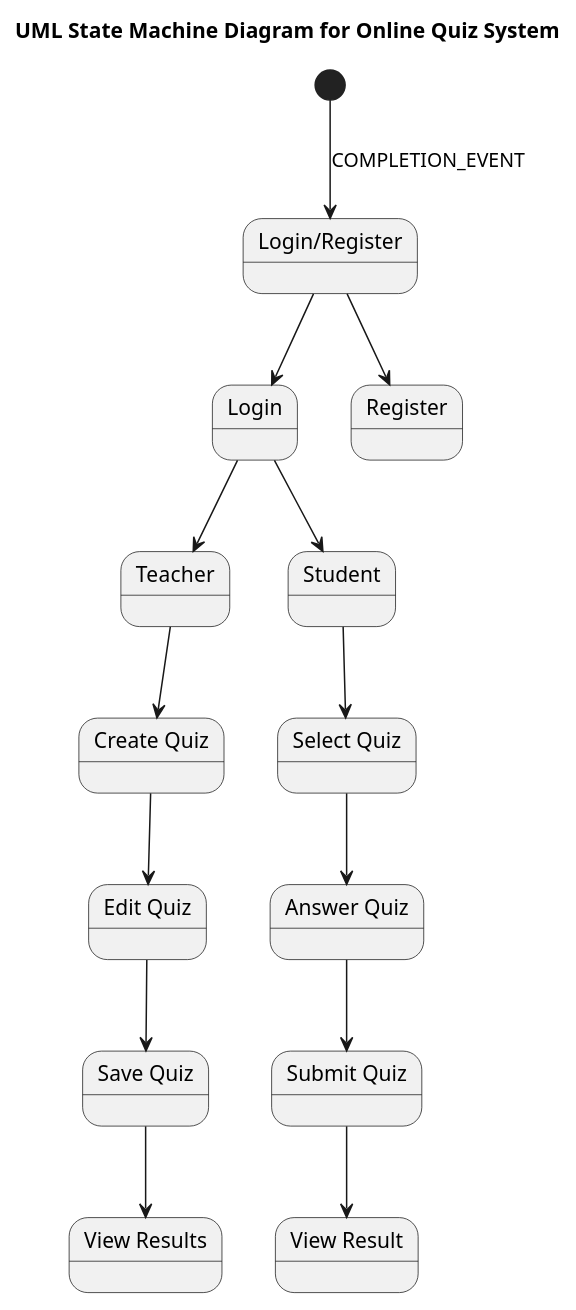
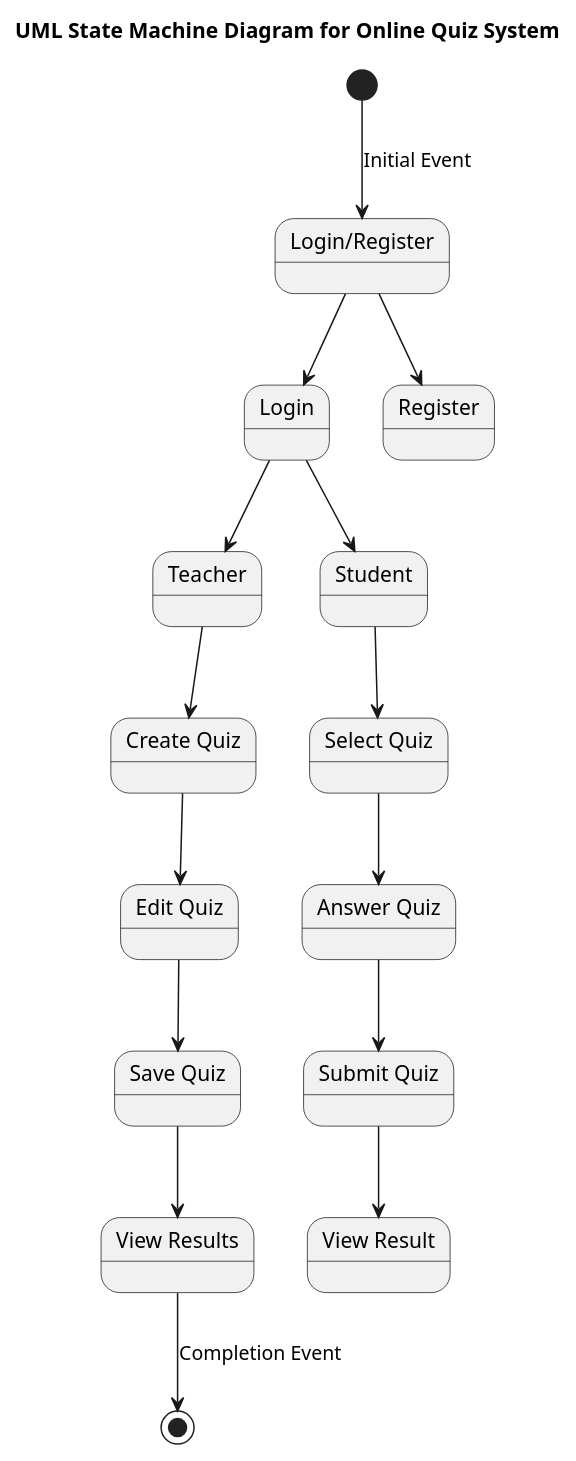
The diagram in final_results/runs/open_source__qwen25_7b_instruct__rag_validation_generator_critic_repair__syntax_grounded_no_rules_original_rag/case_37_online_quiz_system/run_01.repair_01.puml (maimunafaria/State_transition_Diagram_generated_by_LLM), drawn with PlantUML before and after one commit. The commit also changed 23 other files, not shown here.

```diff
--- a/final_results/runs/open_source__qwen25_7b_instruct__rag_validation_generator_critic_repair__syntax_grounded_no_rules_original_rag/case_37_online_quiz_system/run_01.repair_01.puml
+++ b/final_results/runs/open_source__qwen25_7b_instruct__rag_validation_generator_critic_repair__syntax_grounded_no_rules_original_rag/case_37_online_quiz_system/run_01.repair_01.puml
@@ -1,34 +1,36 @@
 @startuml
 title UML State Machine Diagram for Online Quiz System
 
 state "Login/Register" as LoginRegister
 state "Teacher" as Teacher
 state "Student" as Student
 state "Create Quiz" as CreateQuiz
 state "Edit Quiz" as EditQuiz
 state "Save Quiz" as SaveQuiz
 state "View Results" as ViewResults
 state "Select Quiz" as SelectQuiz
 state "Answer Quiz" as AnswerQuiz
 state "Submit Quiz" as SubmitQuiz
 state "View Result" as ViewResult
 
-[*] --> LoginRegister : COMPLETION_EVENT
+[*] --> LoginRegister : Initial Event
 
 LoginRegister --> Login
 LoginRegister --> Register
 
 Login --> Teacher
 Login --> Student
 
 Student --> SelectQuiz
 SelectQuiz --> AnswerQuiz
 AnswerQuiz --> SubmitQuiz
 SubmitQuiz --> ViewResult
 
 Teacher --> CreateQuiz
 CreateQuiz --> EditQuiz
 EditQuiz --> SaveQuiz
 SaveQuiz --> ViewResults
 
+ViewResults --> [*] : Completion Event
+
 @enduml
```
